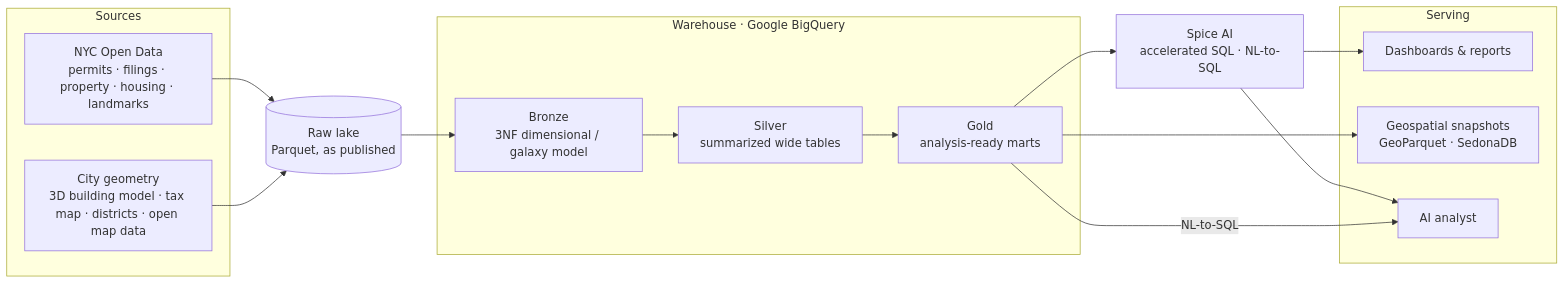
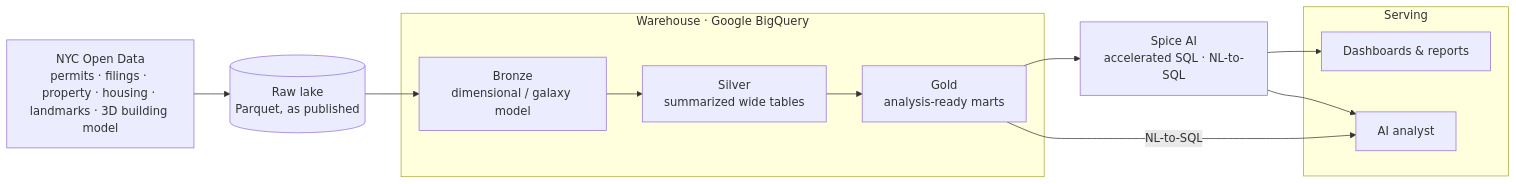
One commit to MaxwellGrant90/MaxwellGrant90 changed the diagram in README.md. Above: the diagram before and after it, drawn with Mermaid. The commit also changed other lines of this file, not shown here.

Commit message:
Keep architecture as diagram only

````diff
--- a/README.md
+++ b/README.md
@@ -62,25 +62,19 @@
 ```mermaid
 flowchart LR
-  subgraph Sources
-    A[NYC Open Data<br/>permits · filings · property · housing · landmarks]
-    B[City geometry<br/>3D building model · tax map · districts · open map data]
-  end
+  A[NYC Open Data<br/>permits · filings · property · housing · landmarks · 3D building model]
   L[(Raw lake<br/>Parquet, as published)]
   subgraph Warehouse["Warehouse · Google BigQuery"]
-    C[Bronze<br/>3NF dimensional / galaxy model] --> D[Silver<br/>summarized wide tables] --> E[Gold<br/>analysis-ready marts]
+    C[Bronze<br/>dimensional / galaxy model] --> D[Silver<br/>summarized wide tables] --> E[Gold<br/>analysis-ready marts]
   end
   S[Spice AI<br/>accelerated SQL · NL-to-SQL]
   subgraph Serving
     F[Dashboards & reports]
-    G[Geospatial snapshots<br/>GeoParquet · SedonaDB]
     H[AI analyst]
   end
   A --> L
-  B --> L
   L --> C
   E --> S
-  E --> G
   S --> F
   S --> H
   E -- NL-to-SQL --> H
 ```
````
